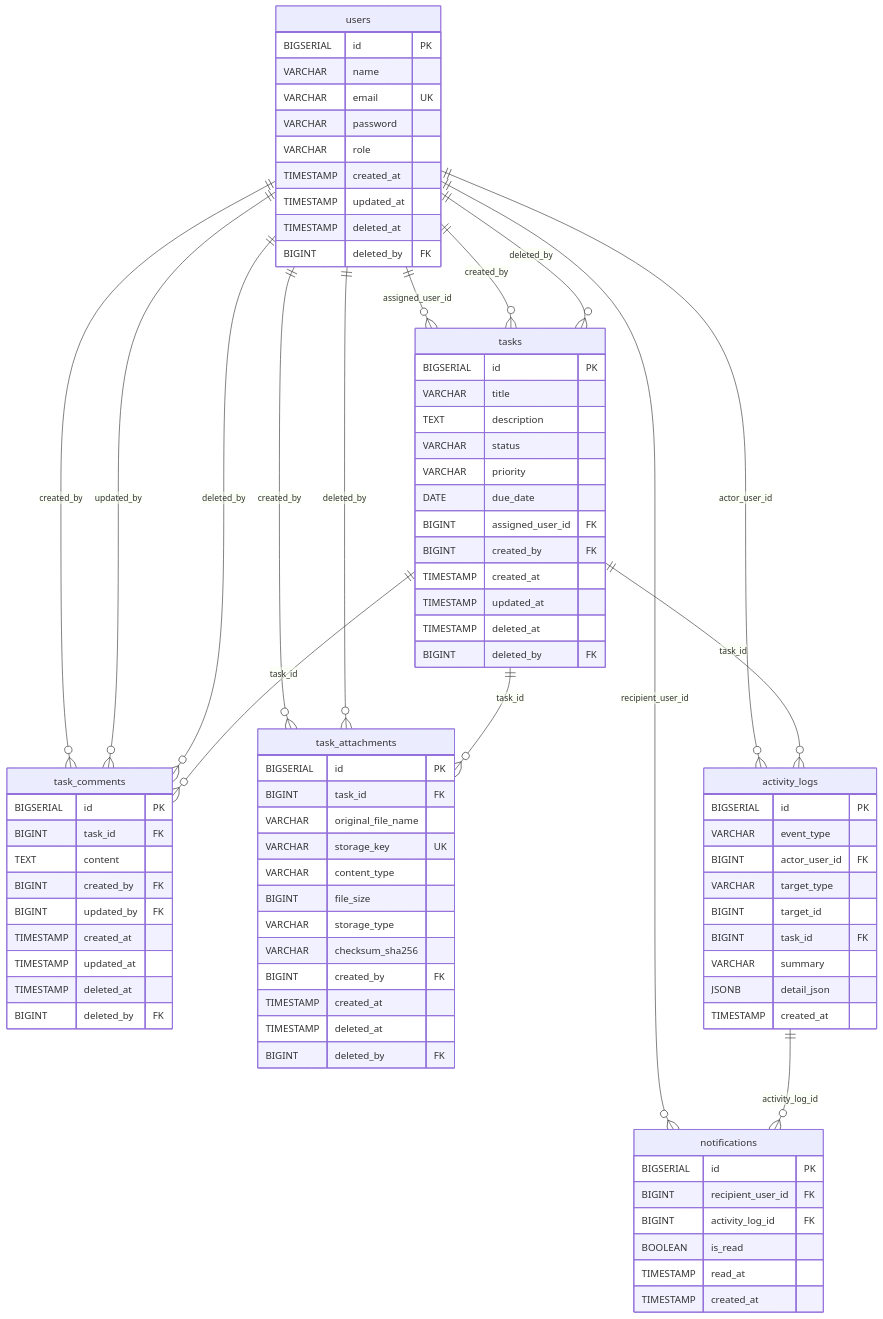
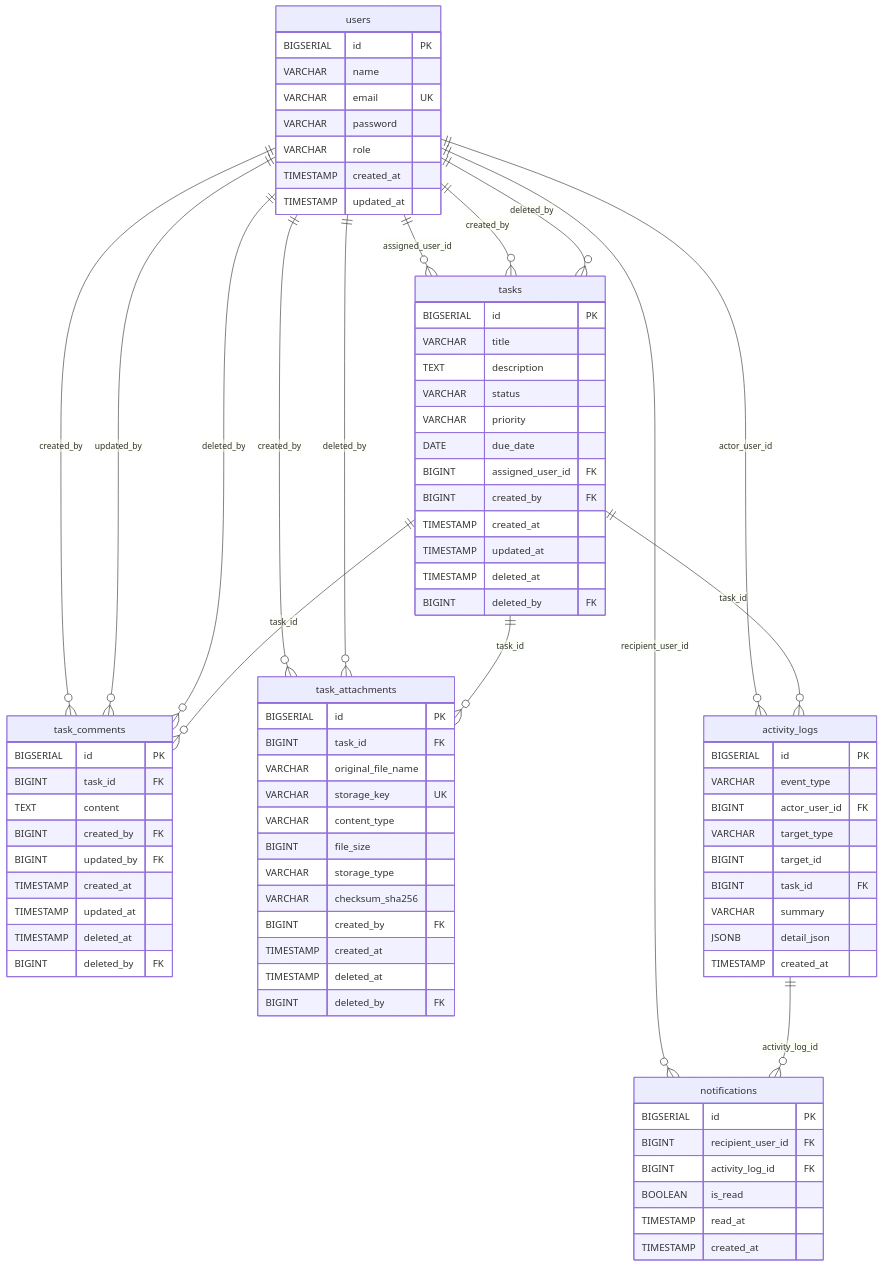
Before and after one commit to kitune-udon/task-manager-app: the diagram in docs/01_設計/04_DB設計書.md, drawn with Mermaid. The commit also changed 6 other files, not shown here.

```diff
--- a/docs/01_設計/04_DB設計書.md
+++ b/docs/01_設計/04_DB設計書.md
@@ -100,8 +100,6 @@
         VARCHAR role
         TIMESTAMP created_at
         TIMESTAMP updated_at
-        TIMESTAMP deleted_at
-        BIGINT deleted_by FK
     }
 
     tasks {
```
